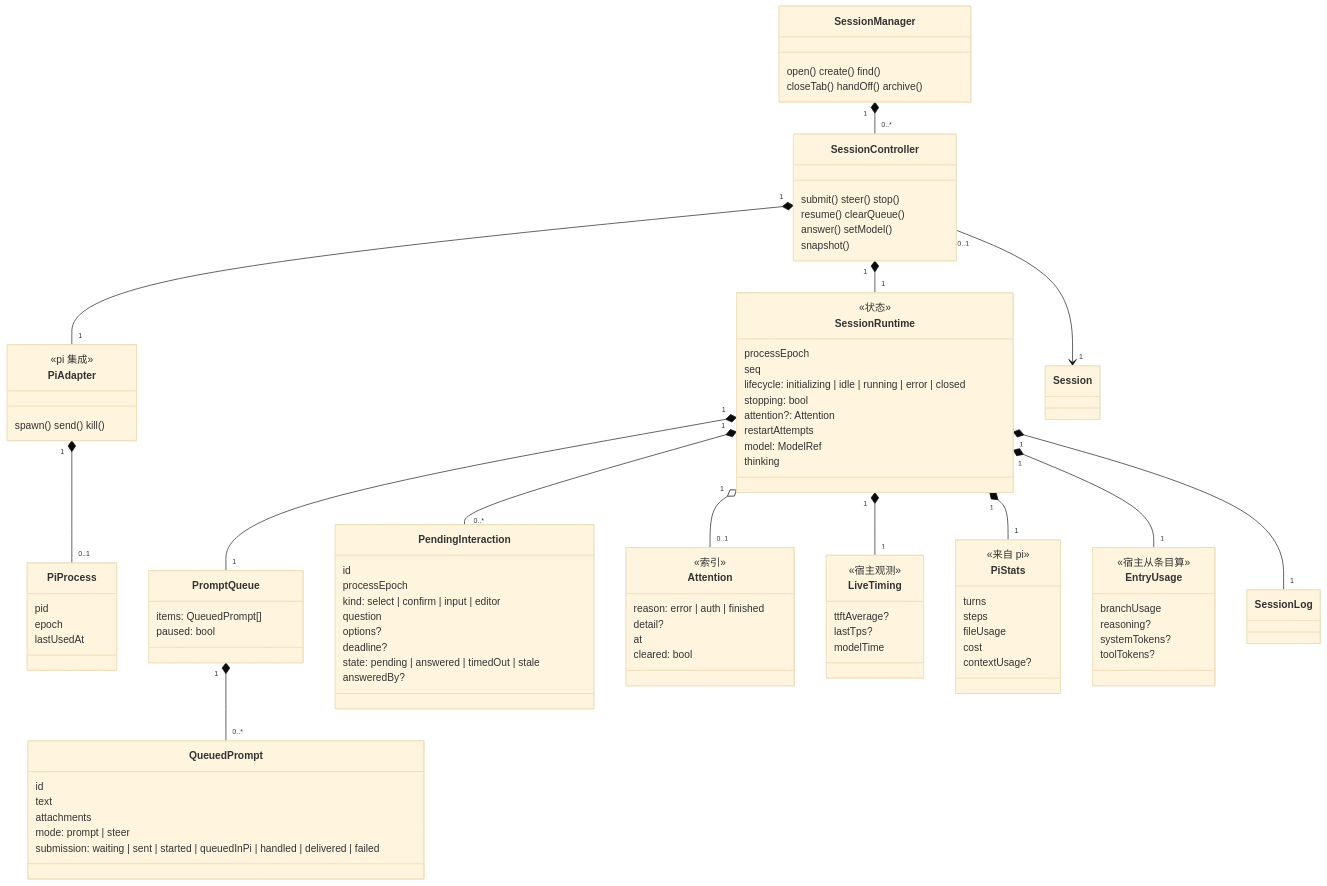
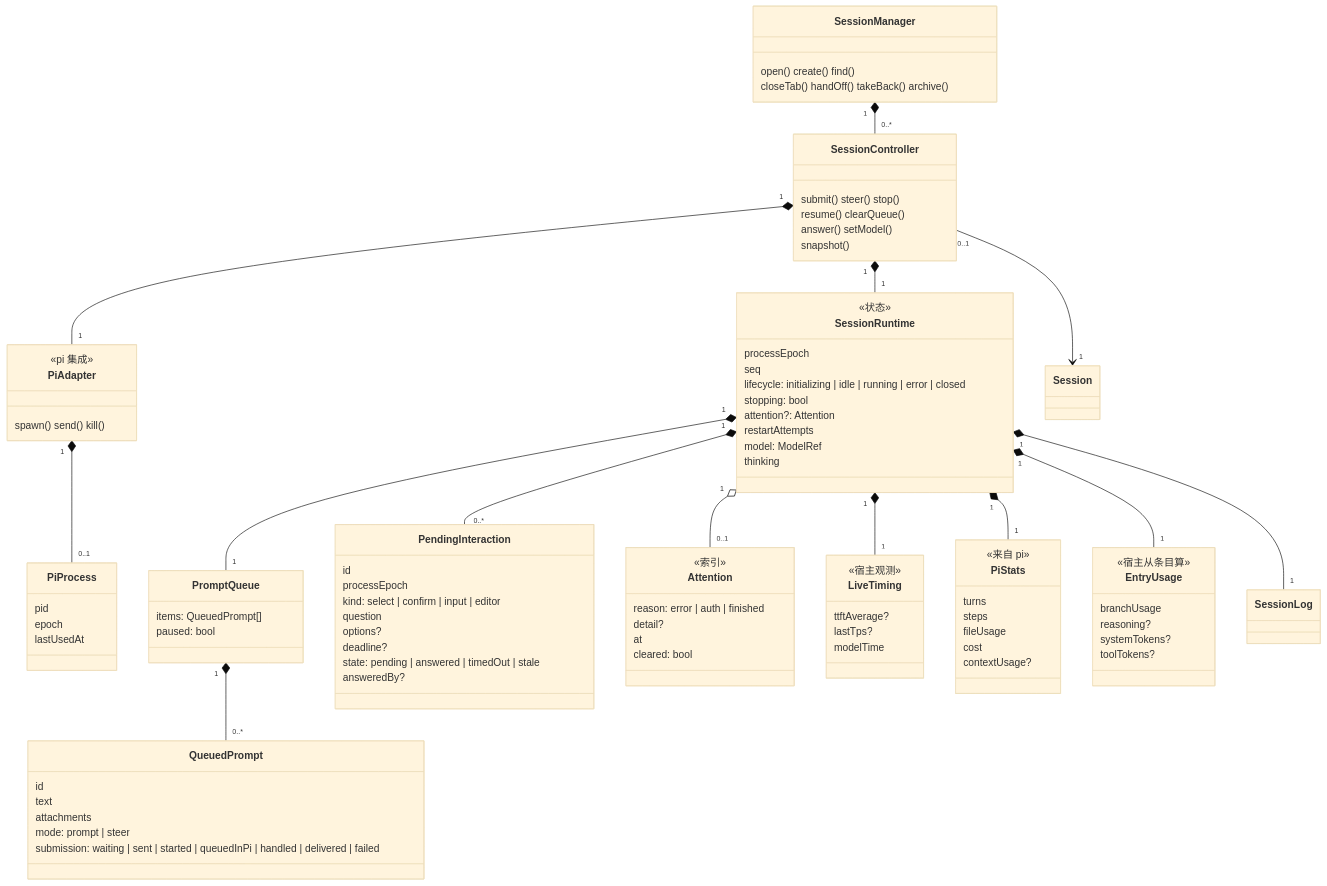
Before and after one commit to Wan-Kai/atrium: the third of 7 diagrams in docs/architecture/domain-model.md, drawn with Mermaid (base theme). The commit also changed other lines of this file and 4 other files, not shown here.

Commit message:
docs: settle M1.9's sync, attention, hand-off and titles

```diff
--- a/docs/architecture/domain-model.md
+++ b/docs/architecture/domain-model.md
@@ -259,7 +259,7 @@
     direction TB
     class SessionManager {
       open() create() find()
-      closeTab() handOff() archive()
+      closeTab() handOff() takeBack() archive()
     }
     class SessionController {
       submit() steer() stop()
```
